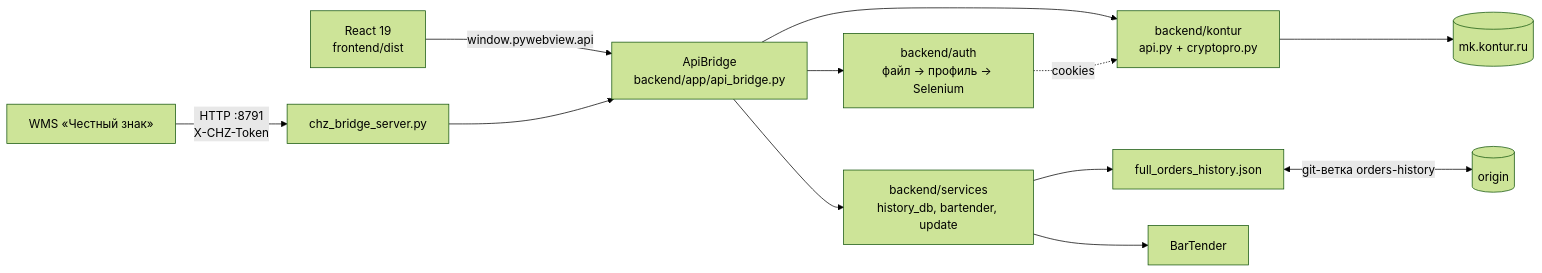
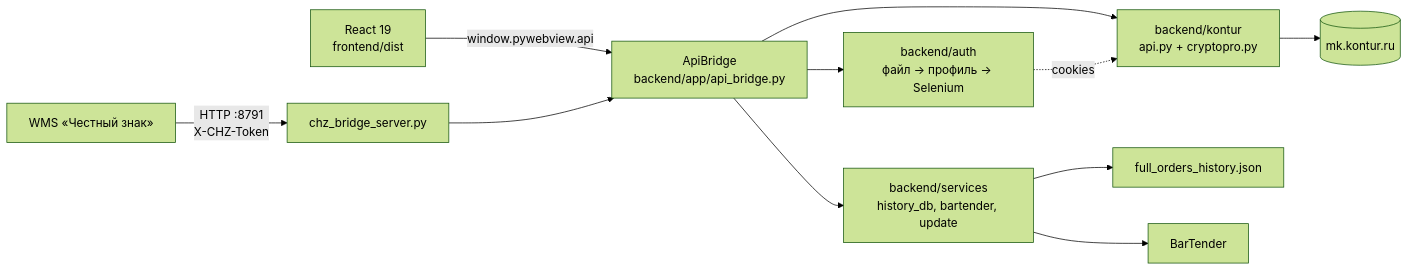
The diagram in docs/ARCHITECTURE.md (kirillbelykh/kontur_api), drawn with Mermaid (forest theme) before and after one commit. The commit also changed other lines of this file and 30 other files, not shown here.

````diff
--- a/docs/ARCHITECTURE.md
+++ b/docs/ARCHITECTURE.md
@@ -8,14 +8,13 @@
 ```mermaid
 flowchart LR
     React["React 19<br/>frontend/dist"] -- "window.pywebview.api" --> Bridge["ApiBridge<br/>backend/app/api_bridge.py"]
     WMS["WMS «Честный знак»"] -- "HTTP :8791<br/>X-CHZ-Token" --> Chz["chz_bridge_server.py"]
     Chz --> Bridge
     Bridge --> Auth["backend/auth<br/>файл → профиль → Selenium"]
     Bridge --> Kontur["backend/kontur<br/>api.py + cryptopro.py"]
     Bridge --> Services["backend/services<br/>history_db, bartender, update"]
     Auth -.->|cookies| Kontur
     Kontur --> MK[("mk.kontur.ru")]
     Services --> Hist["full_orders_history.json"]
-    Hist <-->|"git-ветка orders-history"| Origin[("origin")]
     Services --> BT["BarTender"]
 ```
````
